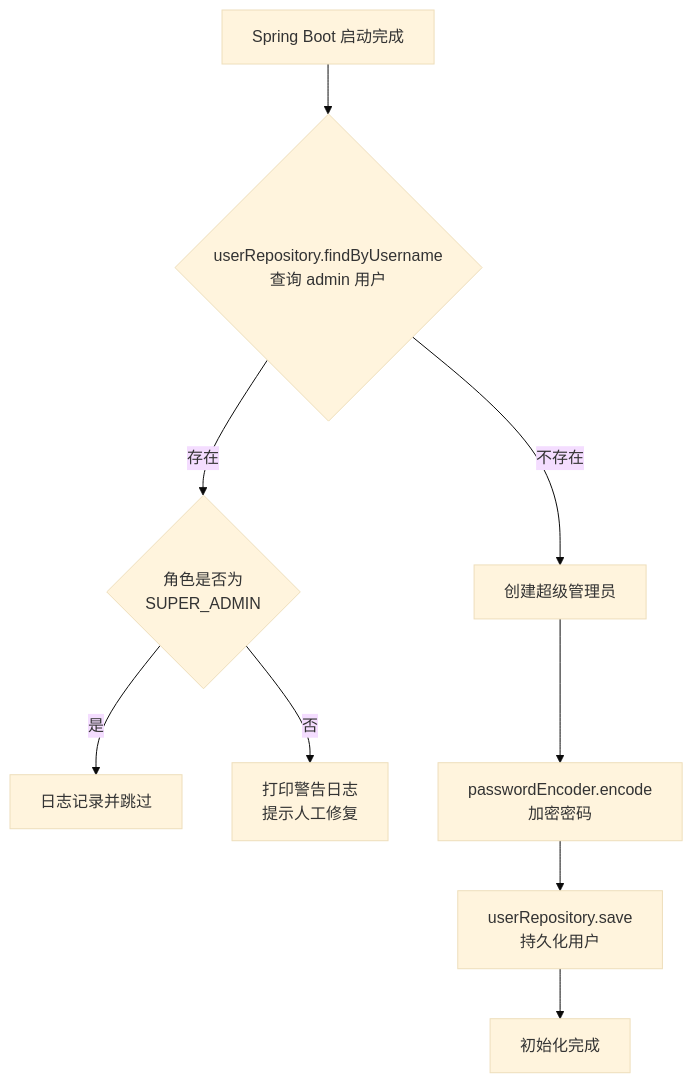
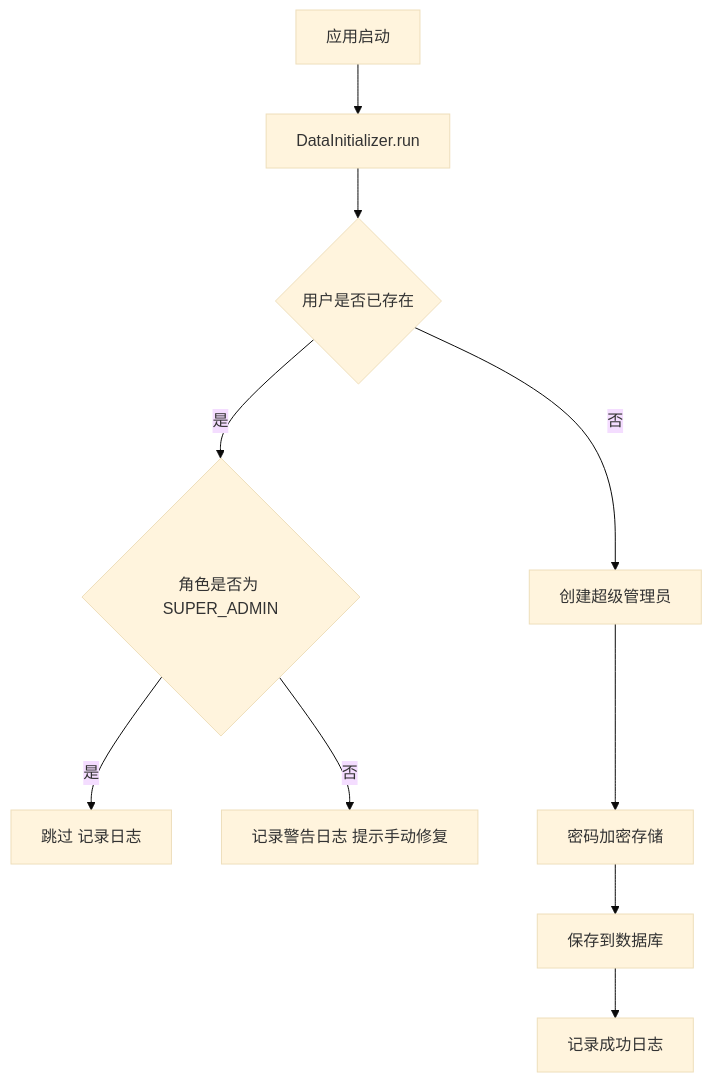
The second of 5 diagrams in repowiki/基础设施.md (mambo-wang/CodingHub), drawn with Mermaid (base theme) before and after one commit. The commit also changed other lines of this file and 19 other files, not shown here.

````diff
--- a/repowiki/基础设施.md
+++ b/repowiki/基础设施.md
@@ -103,11 +151,12 @@
 ```mermaid
-flowchart TD
-    Start[Spring Boot 启动完成] --> Check{userRepository.findByUsername<br/>查询 admin 用户}
-    Check -->|存在| VerifyRole{角色是否为<br/>SUPER_ADMIN}
-    VerifyRole -->|是| Skip[日志记录并跳过]
-    VerifyRole -->|否| Warn[打印警告日志<br/>提示人工修复]
-    Check -->|不存在| Create[创建超级管理员]
-    Create --> Encode[passwordEncoder.encode<br/>加密密码]
-    Encode --> Save[userRepository.save<br/>持久化用户]
-    Save --> Done[初始化完成]
+graph TD
+    A[应用启动] --> B[DataInitializer.run]
+    B --> C{用户是否已存在}
+    C -->|是| D{角色是否为 SUPER_ADMIN}
+    D -->|是| E[跳过 记录日志]
+    D -->|否| F[记录警告日志 提示手动修复]
+    C -->|否| G[创建超级管理员]
+    G --> H[密码加密存储]
+    H --> I[保存到数据库]
+    I --> J[记录成功日志]
 ```
````
